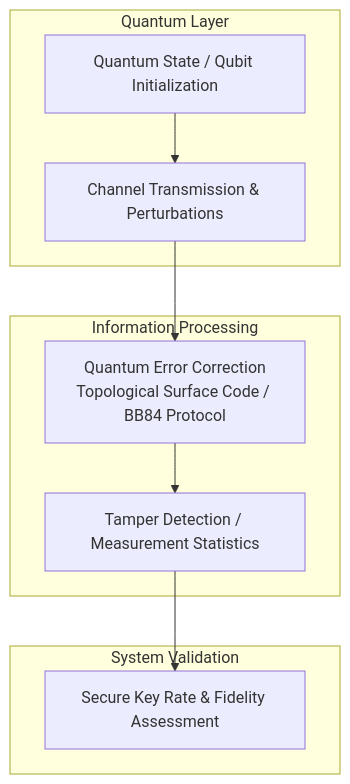
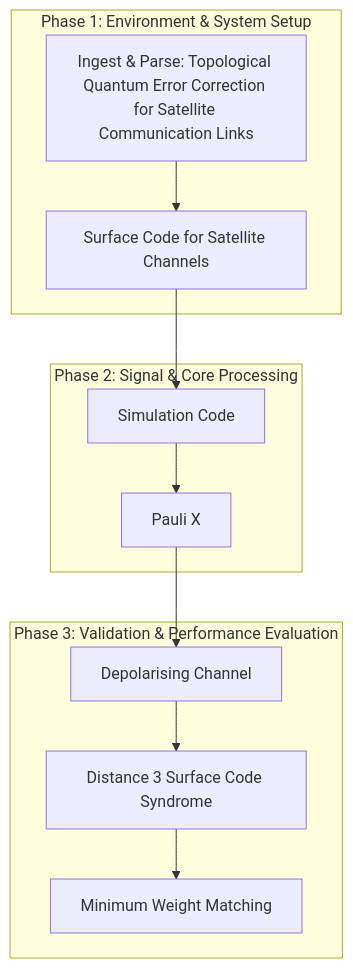
Before and after one commit to Runtime-Slayers/Topological-Surface-Code-Error-Correction-for-Satellite-QKD: the diagram in README.md, drawn with Mermaid. The commit also changed other lines of this file, not shown here.

Commit message:
Docs: Restructure README.md with detailed summary and pipeline flowchart

````diff
--- a/README.md
+++ b/README.md
@@ -14,13 +14,22 @@
 ```mermaid
 graph TD
-    subgraph Quantum Layer
-        A["Quantum State / Qubit Initialization"] --> B["Channel Transmission & Perturbations"]
+    subgraph "Phase 1: Environment & System Setup"
+        N0["Ingest & Parse: Topological Quantum Error Correction for Satellite Communication Links"]
+        N1["Surface Code for Satellite Channels"]
     end
-    subgraph Information Processing
-        B --> C["Quantum Error Correction<br>Topological Surface Code / BB84 Protocol"]
-        C --> D["Tamper Detection / Measurement Statistics"]
+    subgraph "Phase 2: Signal & Core Processing"
+        N2["Simulation Code"]
+        N3["Pauli X"]
     end
-    subgraph System Validation
-        D --> E["Secure Key Rate & Fidelity Assessment"]
+    subgraph "Phase 3: Validation & Performance Evaluation"
+        N4["Depolarising Channel"]
+        N5["Distance 3 Surface Code Syndrome"]
+        N6["Minimum Weight Matching"]
     end
+    N0 --> N1
+    N1 --> N2
+    N2 --> N3
+    N3 --> N4
+    N4 --> N5
+    N5 --> N6
 ```
````
